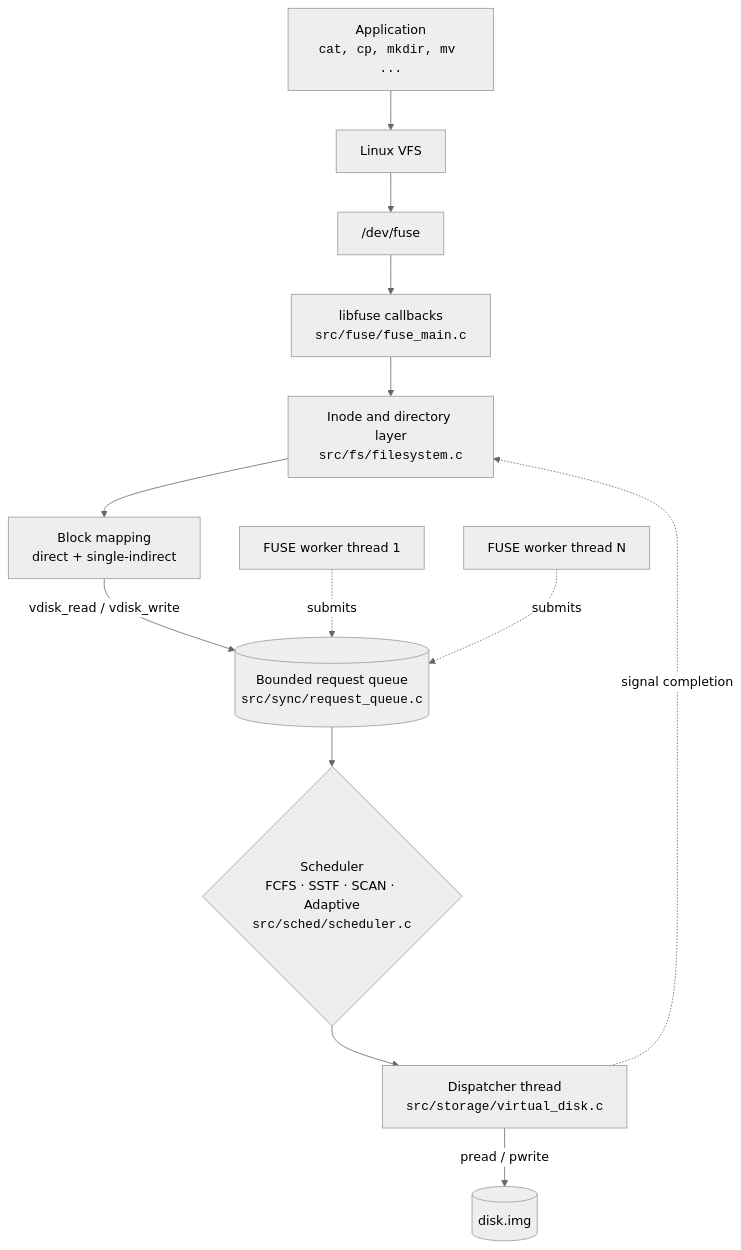
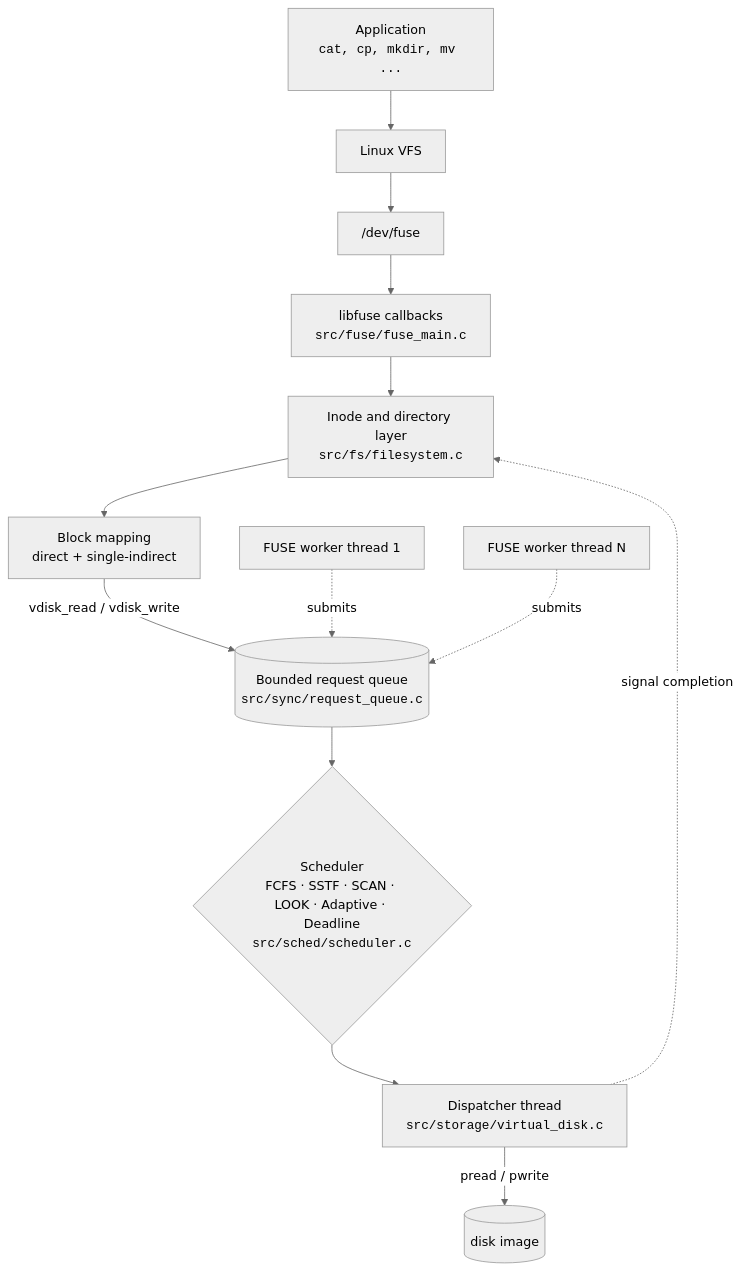
One commit to Sharmaditya2k05/FUSE changed the diagram in README.md. Above: the diagram before and after it, drawn with Mermaid (neutral theme). The commit also changed other lines of this file and 2869 other files, not shown here.

````diff
--- a/README.md
+++ b/README.md
@@ -38,15 +36,15 @@
 ```mermaid
 flowchart TB
     A["Application<br/><code>cat, cp, mkdir, mv ...</code>"] --> B["Linux VFS"]
     B --> C["/dev/fuse"]
     C --> D["libfuse callbacks<br/><code>src/fuse/fuse_main.c</code>"]
     D --> E["Inode and directory layer<br/><code>src/fs/filesystem.c</code>"]
     E --> F["Block mapping<br/>direct + single-indirect"]
     F -- "vdisk_read / vdisk_write" --> G[("Bounded request queue<br/><code>src/sync/request_queue.c</code>")]
     P1["FUSE worker thread 1"] -. submits .-> G
     P2["FUSE worker thread N"] -. submits .-> G
-    G --> H{"Scheduler<br/>FCFS · SSTF · SCAN · Adaptive<br/><code>src/sched/scheduler.c</code>"}
+    G --> H{"Scheduler<br/>FCFS · SSTF · SCAN · LOOK · Adaptive · Deadline<br/><code>src/sched/scheduler.c</code>"}
     H --> I["Dispatcher thread<br/><code>src/storage/virtual_disk.c</code>"]
-    I -- "pread / pwrite" --> J[("disk.img")]
+    I -- "pread / pwrite" --> J[("disk image")]
     I -. "signal completion" .-> E
 ```
````
